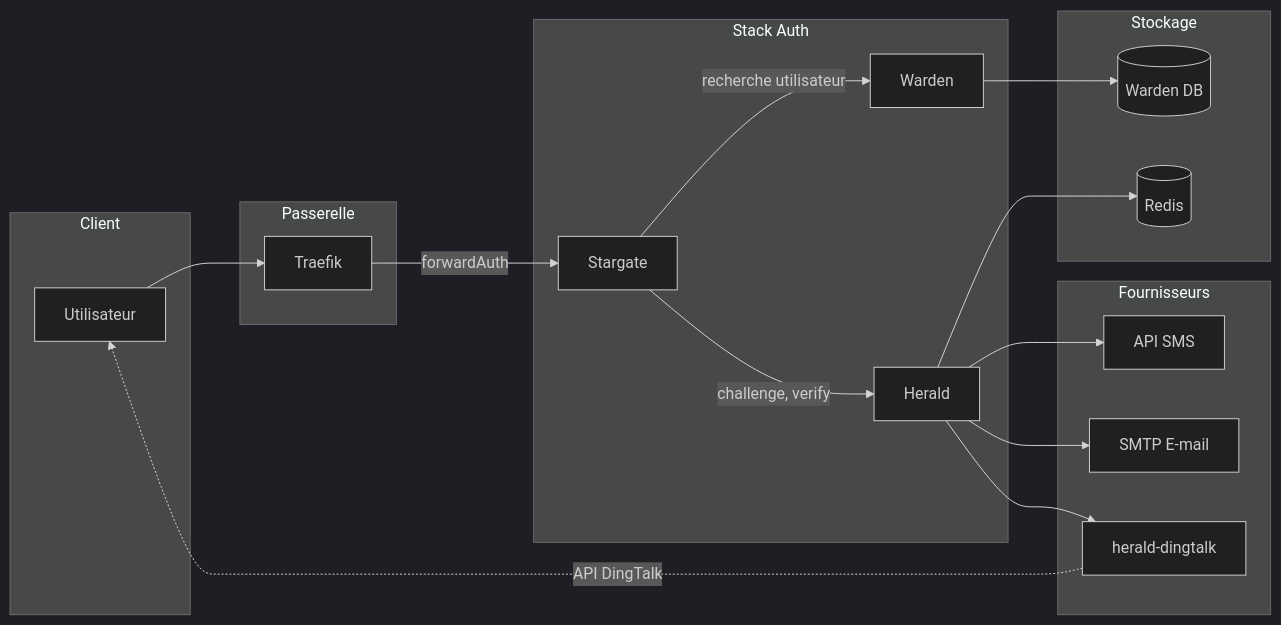
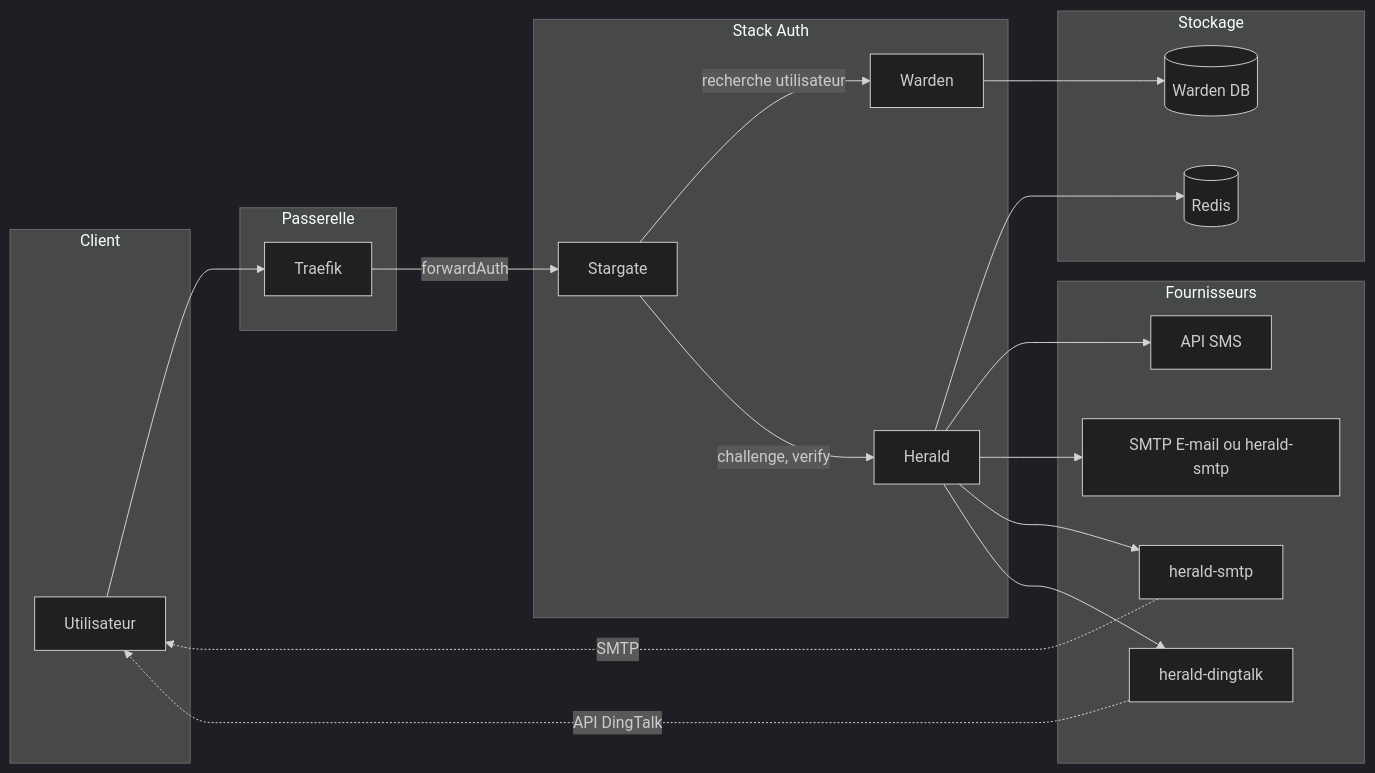
One commit to soulteary/herald changed the diagram in docs/frFR/ARCHITECTURE.md. Above: the diagram before and after it, drawn with Mermaid (dark theme). The commit also changed other lines of this file and 27 other files, not shown here.

Commit message:
feat: use herald-smtp

````diff
--- a/docs/frFR/ARCHITECTURE.md
+++ b/docs/frFR/ARCHITECTURE.md
@@ -11,38 +11,41 @@
 ```mermaid
 flowchart LR
   subgraph client [Client]
     User[Utilisateur]
   end
 
   subgraph gateway [Passerelle]
     Traefik[Traefik]
   end
 
   subgraph auth [Stack Auth]
     Stargate[Stargate]
     Warden[Warden]
     Herald[Herald]
   end
 
   subgraph storage [Stockage]
     Redis[(Redis)]
     DB[(Warden DB)]
   end
 
   subgraph providers [Fournisseurs]
     SMS[API SMS]
-    Email[SMTP E-mail]
+    Email[SMTP E-mail ou herald-smtp]
+    HeraldSMTP[herald-smtp]
     HeraldDingtalk[herald-dingtalk]
   end
 
   User --> Traefik
   Traefik -->|forwardAuth| Stargate
   Stargate -->|recherche utilisateur| Warden
   Stargate -->|challenge, verify| Herald
   Warden --> DB
   Herald --> Redis
   Herald --> SMS
   Herald --> Email
+  Herald --> HeraldSMTP
   Herald --> HeraldDingtalk
+  HeraldSMTP -.->|SMTP| User
   HeraldDingtalk -.->|API DingTalk| User
 ```
````
